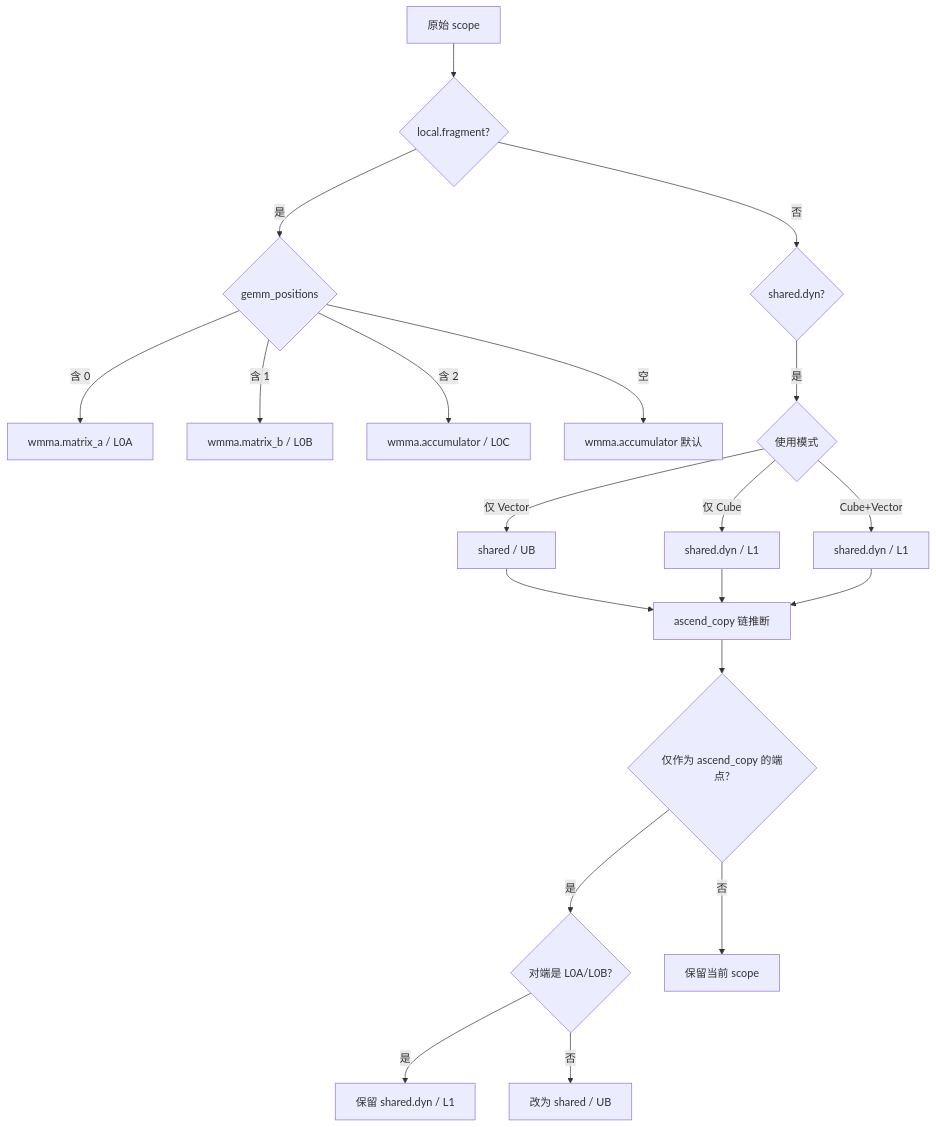
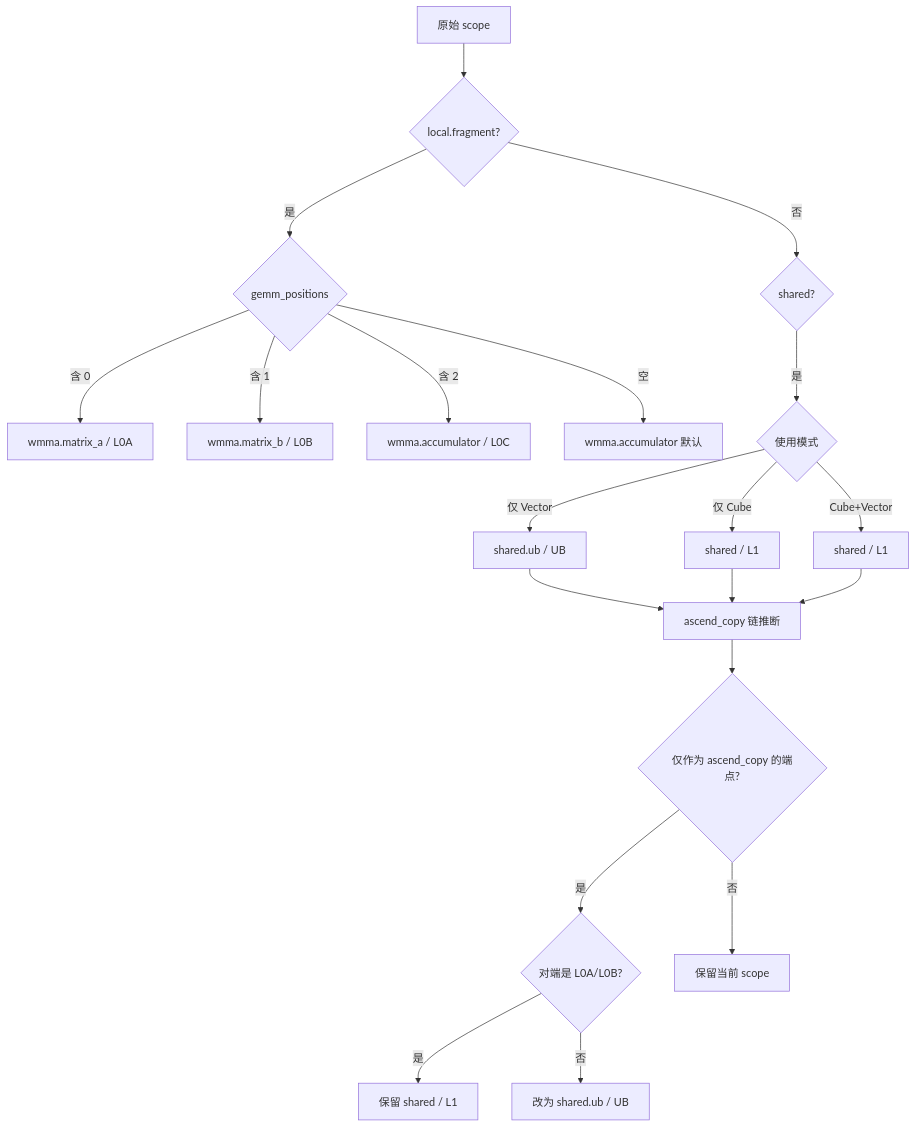
One commit to tile-ai/tilelang-ascend changed the diagram in .agents/skills/tilelang-pass-analyzer/references/pass-designs/ascend_infer_buffer_scope_design.md. Above: the diagram before and after it, drawn with Mermaid. The commit also changed other lines of this file and 8 other files, not shown here.

Commit message:
[Doc] Update documentation to reflect changes in buffer scope terminology from 'shared.dyn' to 'shared.ub' and 'shared' for consistency across various design documents and examples.

````diff
--- a/.agents/skills/tilelang-pass-analyzer/references/pass-designs/ascend_infer_buffer_scope_design.md
+++ b/.agents/skills/tilelang-pass-analyzer/references/pass-designs/ascend_infer_buffer_scope_design.md
@@ -93,25 +93,25 @@
 ```mermaid
 flowchart TD
     A[原始 scope] --> B{local.fragment?}
     B -- 是 --> C{gemm_positions}
     C -- 含 0 --> C1[wmma.matrix_a / L0A]
     C -- 含 1 --> C2[wmma.matrix_b / L0B]
     C -- 含 2 --> C3[wmma.accumulator / L0C]
     C -- 空 --> C4[wmma.accumulator 默认]
 
-    B -- 否 --> D{shared.dyn?}
+    B -- 否 --> D{shared?}
     D -- 是 --> E{使用模式}
-    E -- 仅 Vector --> E1[shared / UB]
-    E -- 仅 Cube --> E2[shared.dyn / L1]
-    E -- Cube+Vector --> E3[shared.dyn / L1]
+    E -- 仅 Vector --> E1[shared.ub / UB]
+    E -- 仅 Cube --> E2[shared / L1]
+    E -- Cube+Vector --> E3[shared / L1]
 
     E1 --> F[ascend_copy 链推断]
     E2 --> F
     E3 --> F
 
     F --> G{仅作为 ascend_copy 的端点?}
     G -- 是 --> H{对端是 L0A/L0B?}
-    H -- 是 --> H1[保留 shared.dyn / L1]
-    H -- 否 --> H2[改为 shared / UB]
+    H -- 是 --> H1[保留 shared / L1]
+    H -- 否 --> H2[改为 shared.ub / UB]
     G -- 否 --> I[保留当前 scope]
 ```
````
